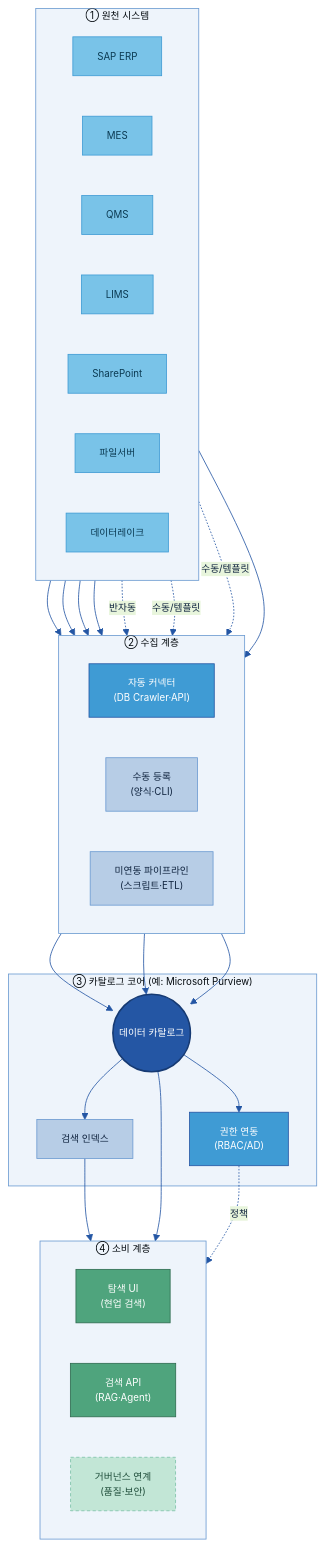
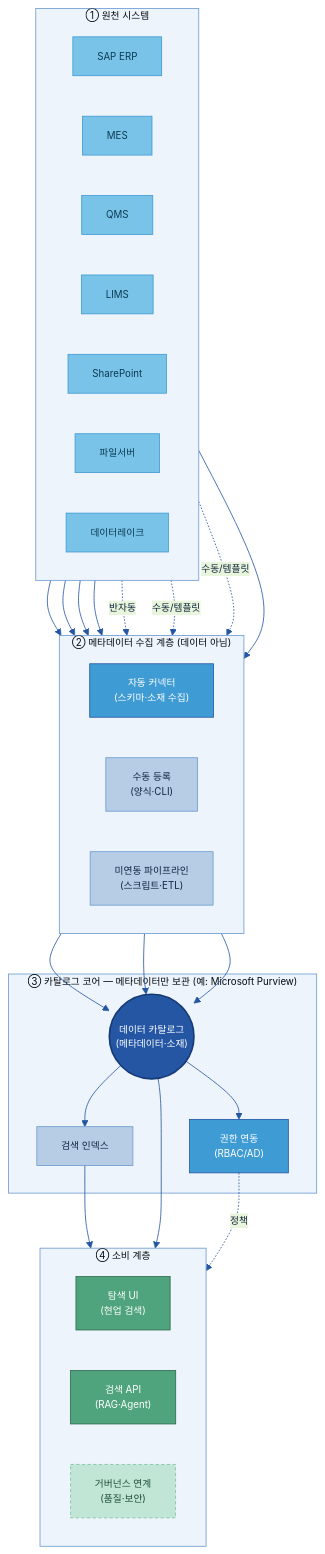
One commit to jin-kearney/ai-ready-data-manual changed the eighth of 13 diagrams in 가이드 작성/A-1 데이터 카탈로그/A-1 데이터 카탈로그.md. Above: the diagram before and after it, drawn with Mermaid. The commit also changed other lines of this file and 1 other file, not shown here.

````diff
--- a/가이드 작성/A-1 데이터 카탈로그/A-1 데이터 카탈로그.md
+++ b/가이드 작성/A-1 데이터 카탈로그/A-1 데이터 카탈로그.md
@@ -609,48 +648,48 @@
 ```mermaid
 %%{init: {'theme':'base','themeVariables':{'primaryColor':'#DCE8F5','primaryBorderColor':'#2456A4','primaryTextColor':'#10243f','lineColor':'#2456A4','clusterBkg':'#EEF4FB','clusterBorder':'#6B9AD1','fontSize':'12px'}}}%%
 flowchart TB
     subgraph SRC["① 원천 시스템"]
         direction LR
         SAP["SAP ERP"]:::src
         MES["MES"]:::src
         QMS["QMS"]:::src
         LIMS["LIMS"]:::src
         SP["SharePoint"]:::src
         FS["파일서버"]:::src
         DL["데이터레이크"]:::src
     end
-    subgraph COLL["② 수집 계층"]
+    subgraph COLL["② 메타데이터 수집 계층 (데이터 아님)"]
         direction LR
-        AUTO["자동 커넥터<br/>(DB Crawler·API)"]:::gate
+        AUTO["자동 커넥터<br/>(스키마·소재 수집)"]:::gate
         MAN["수동 등록<br/>(양식·CLI)"]:::n
         SCAN["미연동 파이프라인<br/>(스크립트·ETL)"]:::n
     end
-    subgraph CORE["③ 카탈로그 코어 (예: Microsoft Purview)"]
-        CAT(("데이터 카탈로그")):::cat
+    subgraph CORE["③ 카탈로그 코어 — 메타데이터만 보관 (예: Microsoft Purview)"]
+        CAT(("데이터 카탈로그<br/>(메타데이터·소재)")):::cat
         IDX["검색 인덱스"]:::n
         AUTH["권한 연동<br/>(RBAC/AD)"]:::gate
     end
     subgraph CONS["④ 소비 계층"]
         direction LR
         WEB["탐색 UI<br/>(현업 검색)"]:::loop
         API["검색 API<br/>(RAG·Agent)"]:::loop
         GOV["거버넌스 연계<br/>(품질·보안)"]:::cross
     end
     SAP & MES & QMS & LIMS --> AUTO
     SP -.반자동.-> AUTO
     FS & DL -.수동/템플릿.-> MAN
     DL --> SCAN
     AUTO --> CAT
     MAN --> CAT
     SCAN --> CAT
     CAT --> IDX --> WEB
     CAT --> API
     CAT --> AUTH
     AUTH -.정책.-> GOV
     classDef n fill:#B7CDE6,stroke:#6B9AD1,color:#10243f;
     classDef src fill:#79C3E8,stroke:#3F9BD4,color:#0b3a52;
     classDef cat fill:#2456A4,color:#fff,stroke:#163a73,stroke-width:2px;
     classDef gate fill:#3F9BD4,stroke:#2456A4,color:#fff;
     classDef loop fill:#4FA47D,stroke:#2f6b50,color:#fff;
     classDef cross fill:#C2E6D6,stroke:#7CC2A7,color:#1f4d3a,stroke-dasharray:4 3;
 ```
````
